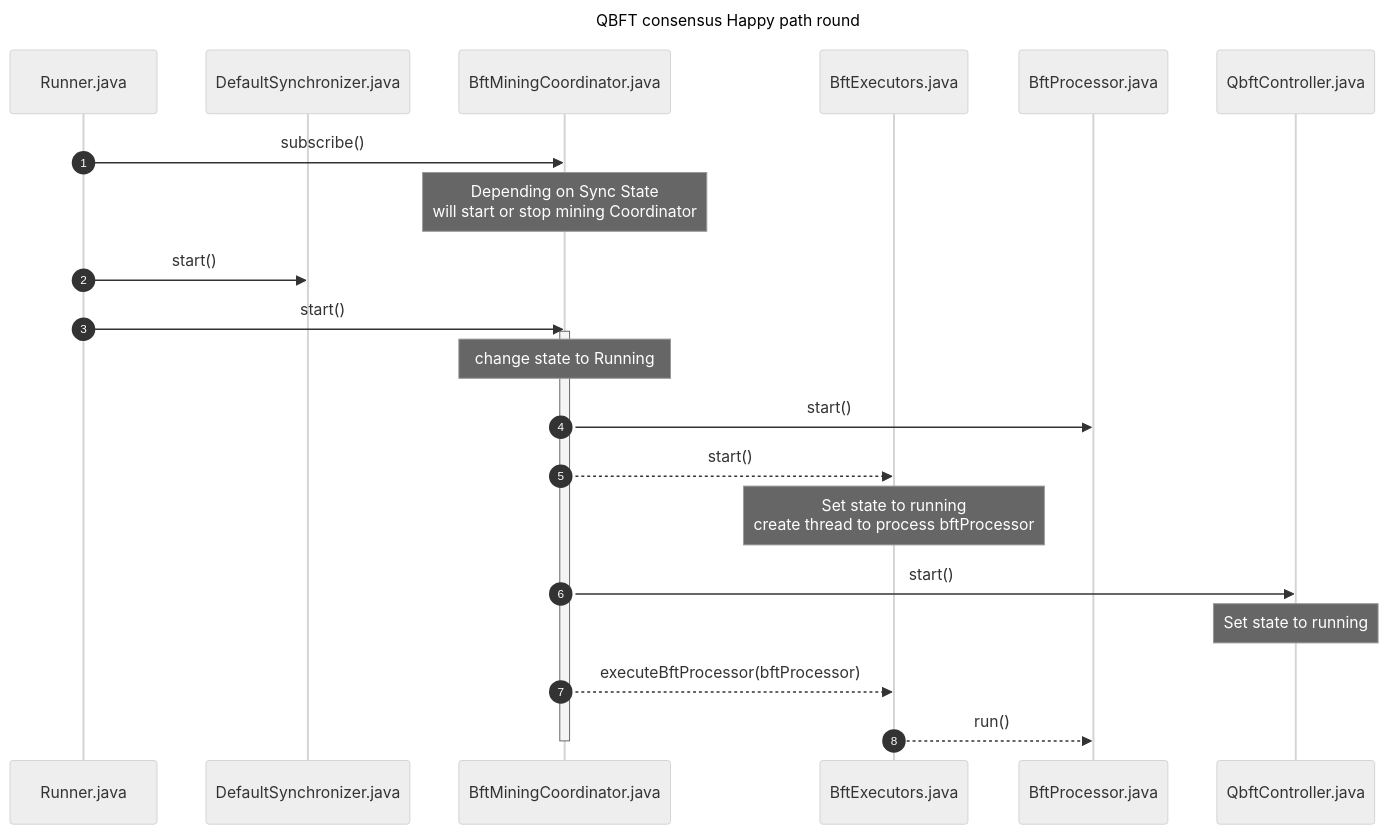
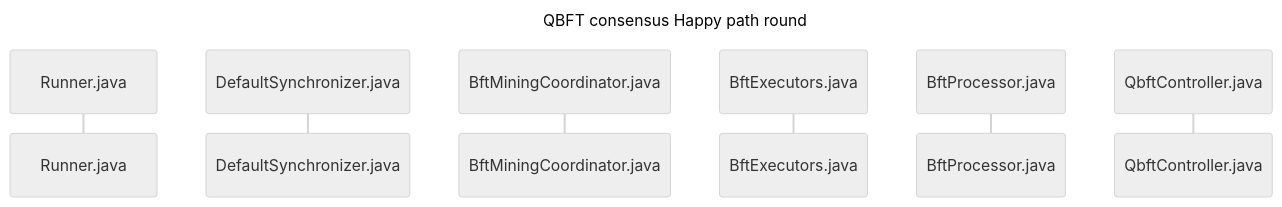
Before and after one commit to mimanshumaheshwari-zeeve/besu-flow-documentation: the diagram in diagrams/consensus/QBFT-002-happy-path-round.mmd, drawn with Mermaid. The commit also changed 1 other file, not shown here.

```diff
--- a/diagrams/consensus/QBFT-002-happy-path-round.mmd
+++ b/diagrams/consensus/QBFT-002-happy-path-round.mmd
@@ -1,37 +1,19 @@
 ---
 title: QBFT consensus Happy path round
 config:
   htmlLabels: false
 
   theme: neutral
   look: handDrawn
 
 ---
 %%{init: { }%%
 
 sequenceDiagram
   autonumber
   participant Runner as Runner.java
   participant DefaultSynchronizer as DefaultSynchronizer.java
   participant BftMiningCoordinator as BftMiningCoordinator.java
   participant BftExecutors as BftExecutors.java
   participant BftProcessor as BftProcessor.java
   participant QbftController as QbftController.java
-  %% participant BftEventHandler as BftEventHandler.java %% qbftController is the implementation for this
-  %% participant EventMultiplexer as EventMultiplexer.java
-
-
-  Runner ->> BftMiningCoordinator: subscribe()
-  Note over BftMiningCoordinator: Depending on Sync State <br/> will start or stop mining Coordinator
-  Runner ->> DefaultSynchronizer: start()
-  Runner ->> BftMiningCoordinator: start()
-  activate BftMiningCoordinator
-  Note over BftMiningCoordinator: change state to Running
-  BftMiningCoordinator ->>BftProcessor: start()
-  BftMiningCoordinator -->>BftExecutors: start()
-  Note over BftExecutors: Set state to running <br/> create thread to process bftProcessor
-  BftMiningCoordinator ->>QbftController: start()
-  Note over QbftController: Set state to running
-  BftMiningCoordinator -->>BftExecutors: executeBftProcessor(bftProcessor)
-  BftExecutors -->>BftProcessor: run()
-  deactivate BftMiningCoordinator
```
